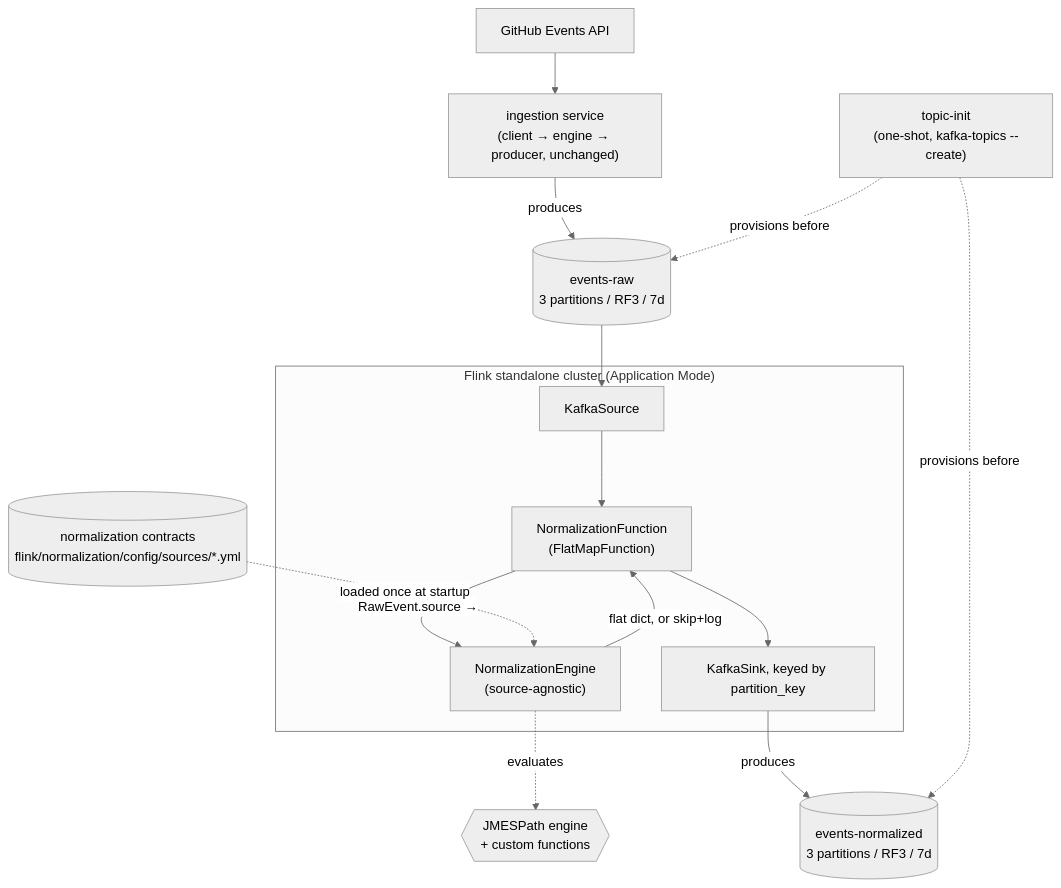
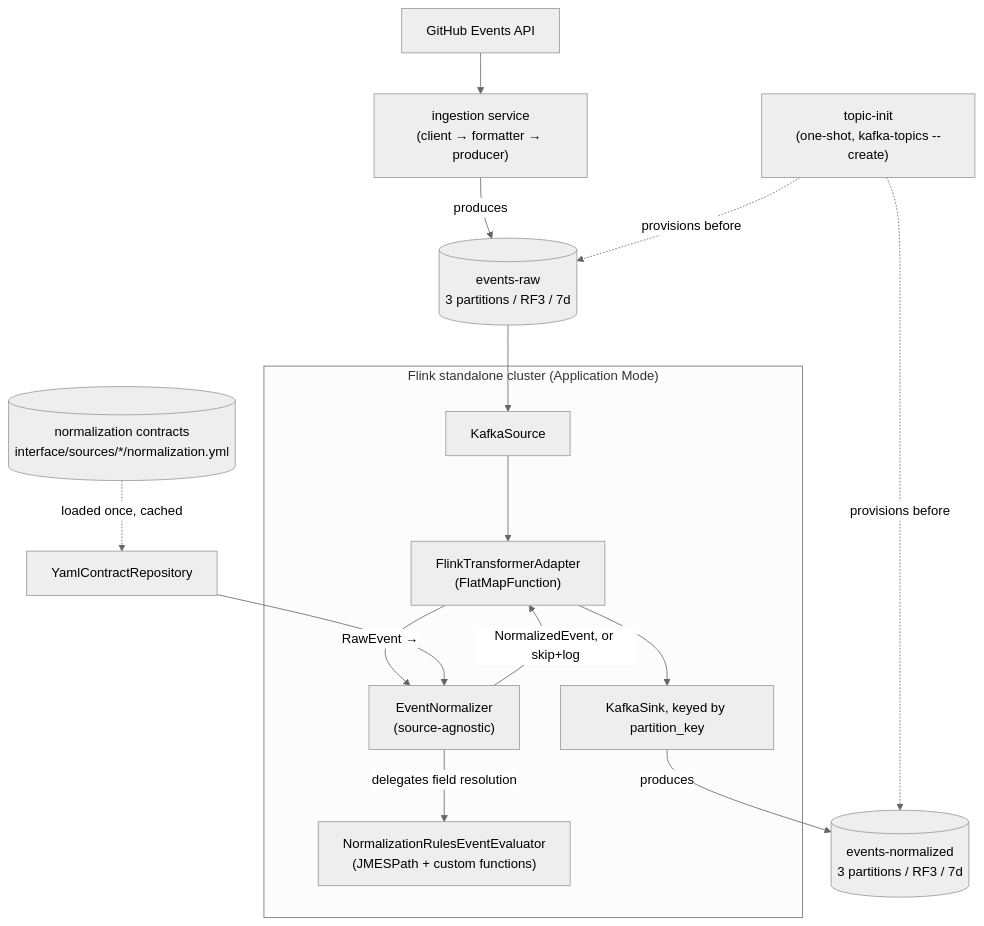
One commit to Matheus-Homem/streaming-project changed the diagram in .specs/features/flink-normalization/design.md. Above: the diagram before and after it, drawn with Mermaid (neutral theme). The commit also changed other lines of this file and 3 other files, not shown here.

Commit message:
Refine Flink normalization spec: update GitLab ingestion wiring path, clarify Normalizer architecture, and revise acceptance criteria for event handling. Document explicit user decision on unmapped event types and adjust coverage status.

````diff
--- a/.specs/features/flink-normalization/design.md
+++ b/.specs/features/flink-normalization/design.md
@@ -52,21 +23,22 @@
 ```mermaid
 graph TD
-    GH[GitHub Events API] --> ING["ingestion service<br/>(client → engine → producer, unchanged)"]
+    GH[GitHub Events API] --> ING["ingestion service<br/>(client → formatter → producer)"]
     ING -->|produces| RAW[("events-raw<br/>3 partitions / RF3 / 7d")]
 
     subgraph "Flink standalone cluster (Application Mode)"
-        KS[KafkaSource] --> NF["NormalizationFunction<br/>(FlatMapFunction)"]
-        NF -->|"RawEvent.source →"| CN["NormalizationEngine<br/>(source-agnostic)"]
-        CN -->|flat dict, or skip+log| NF
-        NF --> KSK[KafkaSink, keyed by partition_key]
+        KS[KafkaSource] --> FT["FlinkTransformerAdapter<br/>(FlatMapFunction)"]
+        FT -->|"RawEvent →"| EN["EventNormalizer<br/>(source-agnostic)"]
+        EN -->|"delegates field resolution"| EV["NormalizationRulesEventEvaluator<br/>(JMESPath + custom functions)"]
+        EN -->|NormalizedEvent, or skip+log| FT
+        FT --> KSK[KafkaSink, keyed by partition_key]
     end
 
-    CTR[("normalization contracts<br/>flink/normalization/config/sources/*.yml")] -.loaded once at startup.-> CN
-    CN -.evaluates.-> JP{{"JMESPath engine<br/>+ custom functions"}}
+    CTR[("normalization contracts<br/>interface/sources/*/normalization.yml")] -.loaded once, cached.-> CR[YamlContractRepository]
+    CR --> EN
 
     RAW --> KS
     KSK -->|produces| NORM[("events-normalized<br/>3 partitions / RF3 / 7d")]
 
     TOPICINIT["topic-init<br/>(one-shot, kafka-topics --create)"] -.provisions before.-> RAW
     TOPICINIT -.provisions before.-> NORM
 ```
````
